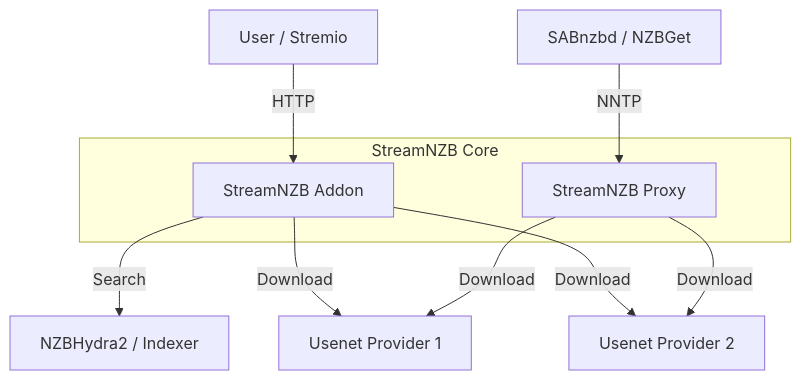
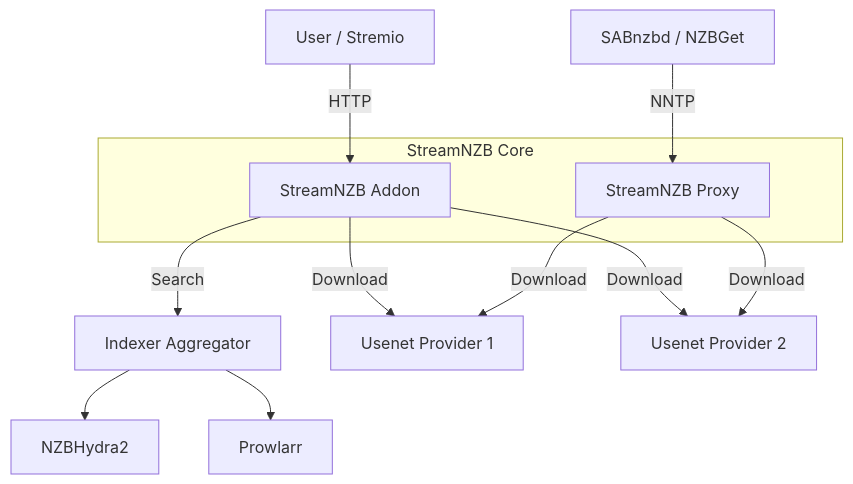
Before and after one commit to mick-25/streamnzb: the diagram in README.md, drawn with Mermaid. The commit also changed other lines of this file and 10 other files, not shown here.

Commit message:
feat: prowlarr indexer support

````diff
--- a/README.md
+++ b/README.md
@@ -16,16 +17,18 @@
 ```mermaid
 graph TD
     User["User / Stremio"] -->|HTTP| Addon
     Downloader["SABnzbd / NZBGet"] -->|NNTP| Proxy
     
     subgraph "StreamNZB Core"
         Addon["StreamNZB Addon"]
         Proxy["StreamNZB Proxy"]
     end
     
-    Addon -->|Search| Hydra["NZBHydra2 / Indexer"]
+    Addon -->|Search| Aggregator["Indexer Aggregator"]
+    Aggregator --> Hydra["NZBHydra2"]
+    Aggregator --> Prowlarr["Prowlarr"]
     Addon -->|Download| Provider1["Usenet Provider 1"]
     Addon -->|Download| Provider2["Usenet Provider 2"]
     Proxy -->|Download| Provider1
     Proxy -->|Download| Provider2
 ```
````
